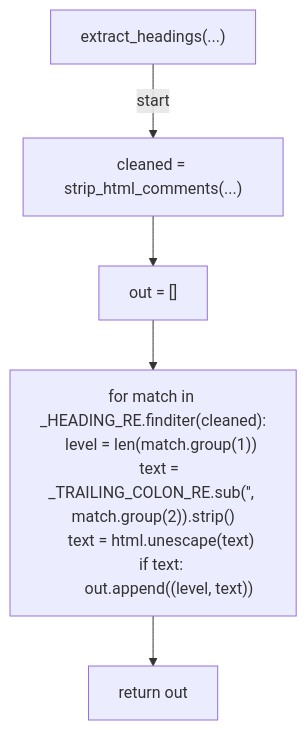
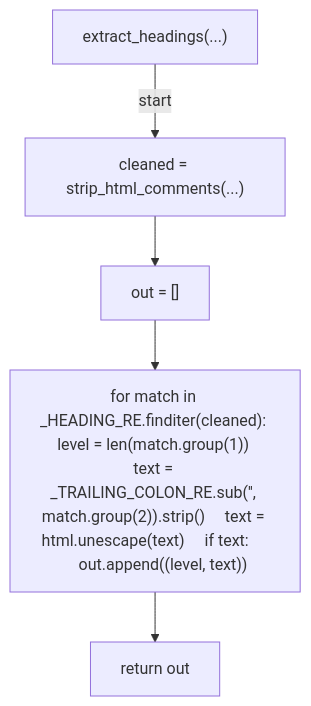
One commit to tvna/claude-md changed the first of 25 diagrams in docs/generated/scripts/ast/body_policy.md. Above: the diagram before and after it, drawn with Mermaid. The commit also changed other lines of this file and 20 other files, not shown here.

First line of the commit message:
docs(generated): regenerate decision tree and workflow diagrams (batch 1/5)

````diff
--- a/docs/generated/scripts/ast/body_policy.md
+++ b/docs/generated/scripts/ast/body_policy.md
@@ -7,17 +7,12 @@
 ```mermaid
 flowchart TD
     N001["extract_headings(...)"]
     N002["cleaned = strip_html_comments(...)"]
     N003["out = []"]
-    N004["for match in _HEADING_RE.finditer(cleaned):
-    level = len(match.group(1))
-    text = _TRAILING_COLON_RE.sub('<str>', match.group(2)).strip()
-    text = html.unescape(text)
-    if text:
-        out.append((level, text))"]
+    N004["for match in _HEADING_RE.finditer(cleaned):     level = len(match.group(1))     text = _TRAILING_COLON_RE.sub('<str>', match.group(2)).strip()     text = html.unescape(text)     if text:         out.append((level, text))"]
     N005["return out"]
     N001 -->|"start"| N002
     N002 --> N003
     N003 --> N004
     N004 --> N005
 ```
````
